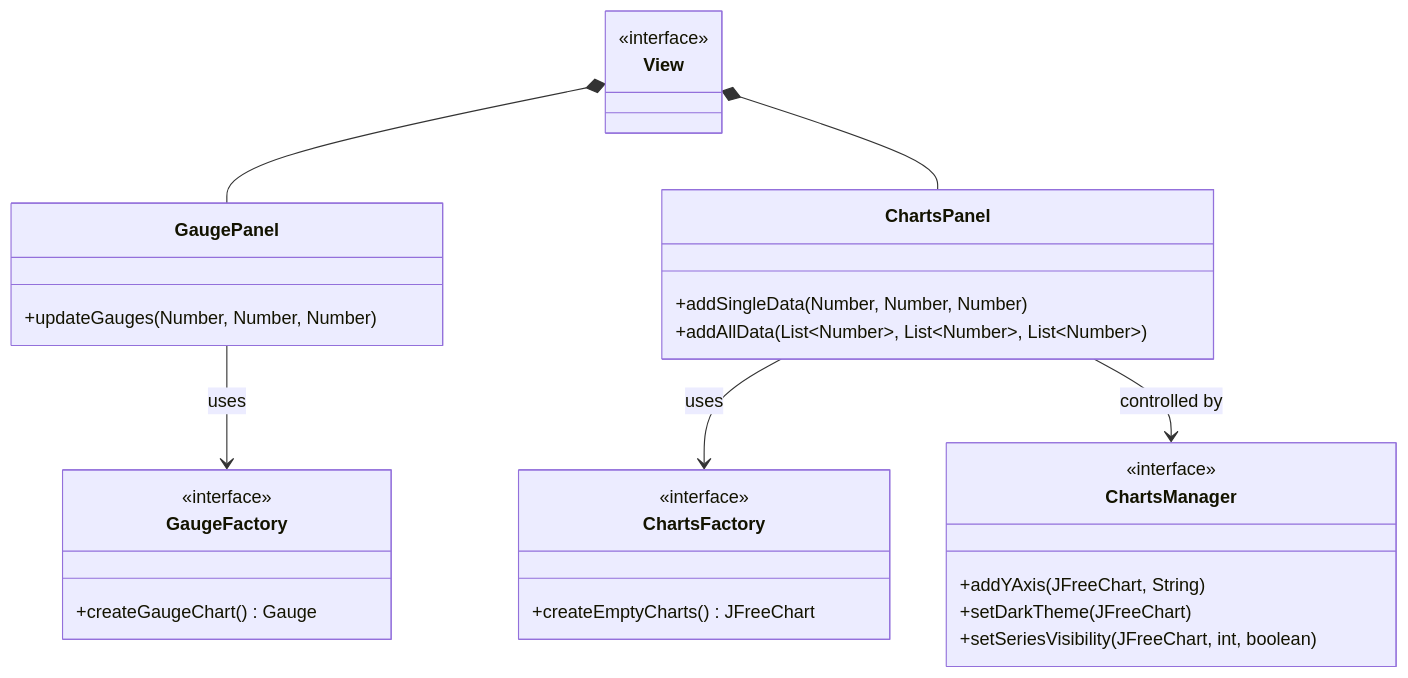
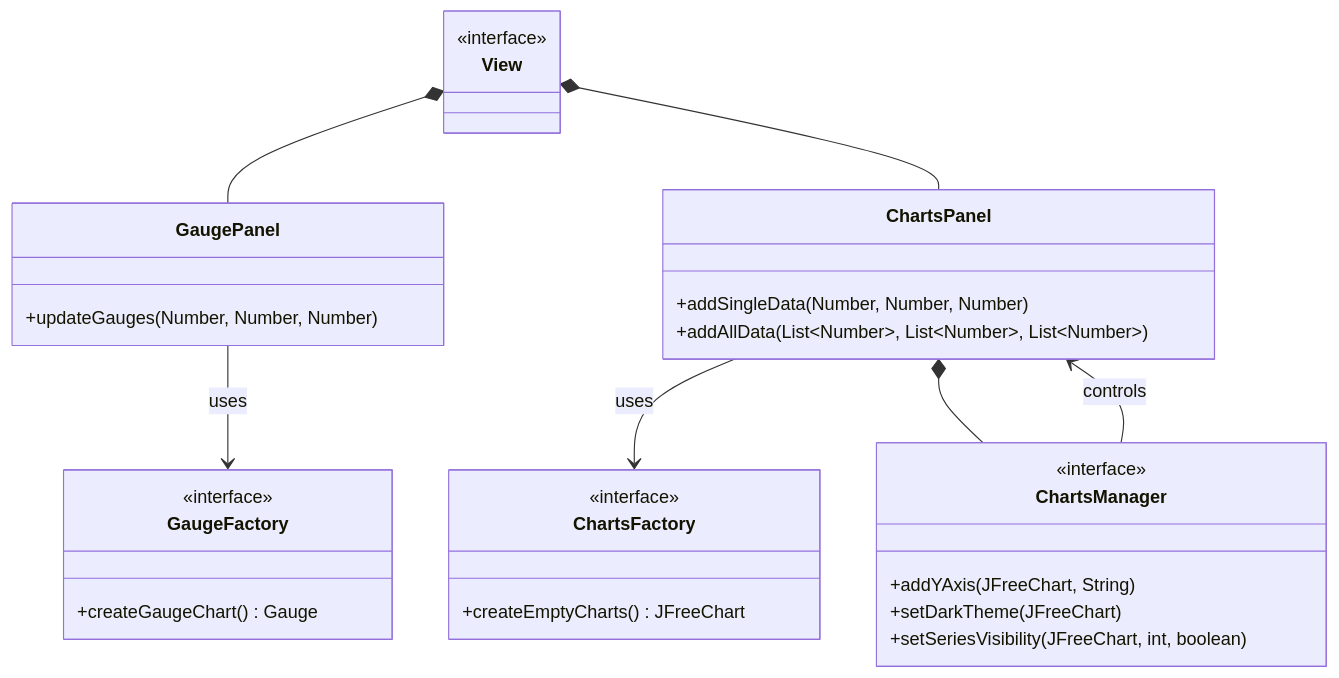
The ninth of 15 diagrams in report.md (unibo-oop-projects/OOP24-Alessandro-CristoferNapolitano-SolarEgg-TodeschiMatteo-java-dyno), drawn with Mermaid before and after one commit. The commit also changed other lines of this file, not shown here.

Commit message:
UML Fixes

````diff
--- a/report.md
+++ b/report.md
@@ -497,37 +497,38 @@
 ```mermaid
 classDiagram
     class View {
         <<interface>>
     }
     class GaugePanel {
         +updateGauges(Number, Number, Number)
     }
 
     class GaugeFactory {
         <<interface>>
         +createGaugeChart() Gauge
     }
     class ChartsPanel {
         +addSingleData(Number, Number, Number)
         +addAllData(List~Number~, List~Number~, List~Number~)
     }
 
     class ChartsFactory {
         <<interface>>
         +createEmptyCharts() JFreeChart
     }
 
     class ChartsManager {
         <<interface>>
         +addYAxis(JFreeChart, String)
         +setDarkTheme(JFreeChart)
         +setSeriesVisibility(JFreeChart, int, boolean)
     }
 
     GaugePanel --> GaugeFactory : uses
     ChartsPanel --> ChartsFactory : uses
-    ChartsPanel --> ChartsManager : controlled by
+    ChartsManager--> ChartsPanel : controls
+    ChartsPanel *-- ChartsManager
     View *-- GaugePanel
     View *-- ChartsPanel
 
 ```
````
